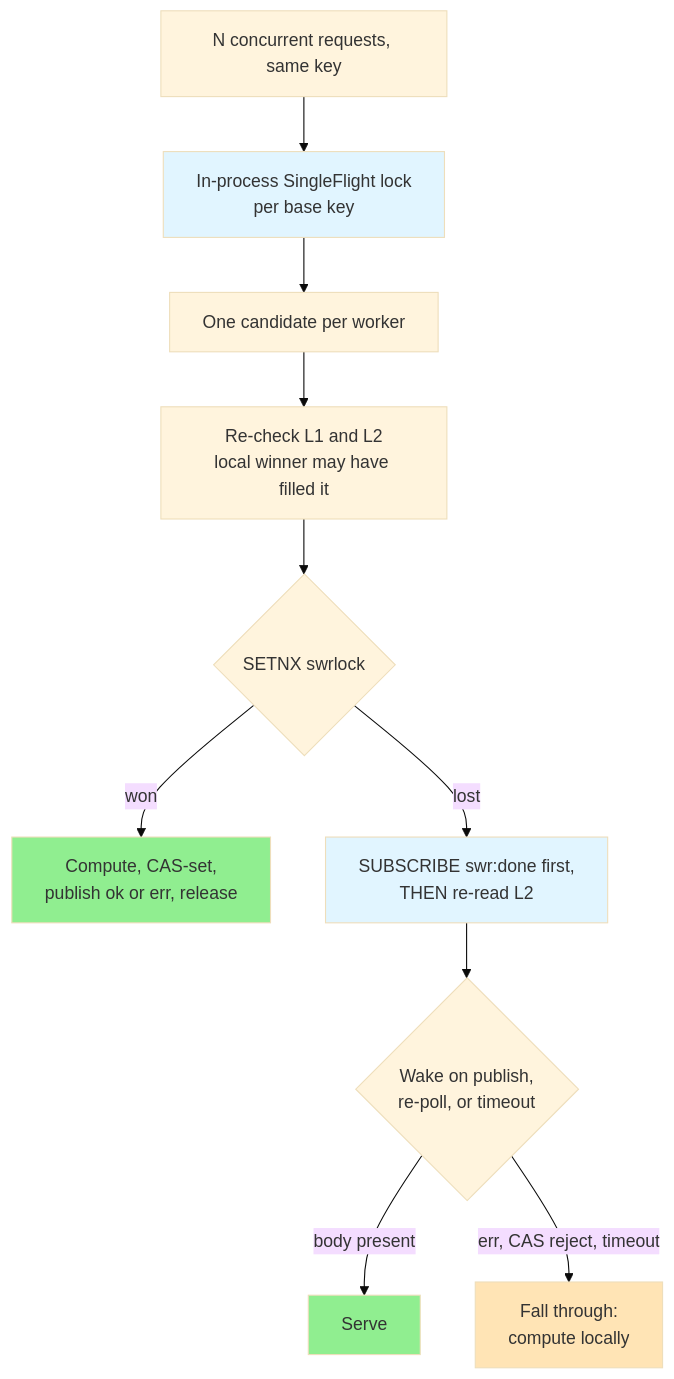
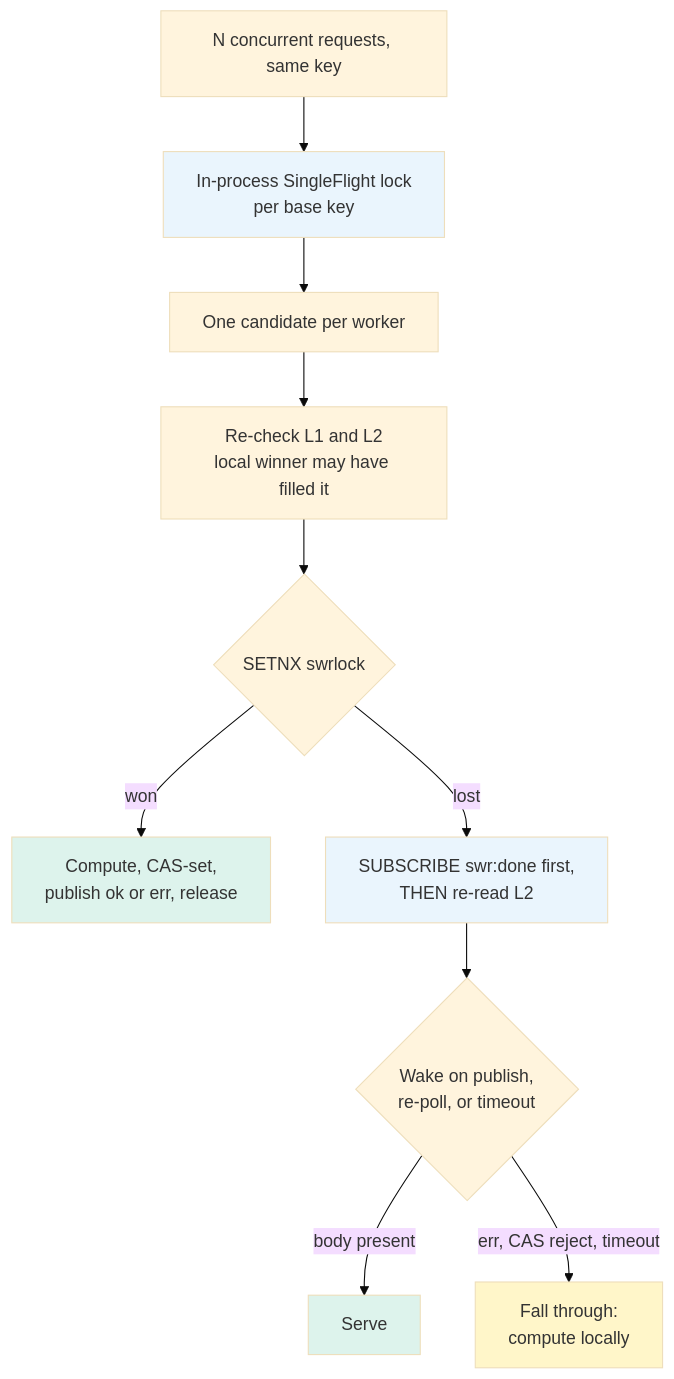
The fifth of 5 diagrams in LLD/SystemDesign/IntheWild/TwoTierCacheWithVersionedKeys.md (cartmancodes/InterviewVault), drawn with Mermaid (base theme) before and after one commit. The commit also changed other lines of this file and 679 other files, not shown here.

Commit message:
Unify content diagrams and add accessible visual walkthroughs

````diff
--- a/LLD/SystemDesign/IntheWild/TwoTierCacheWithVersionedKeys.md
+++ b/LLD/SystemDesign/IntheWild/TwoTierCacheWithVersionedKeys.md
@@ -262,19 +262,19 @@
 ```mermaid
 flowchart TD
     N["N concurrent requests, same key"] --> SF["In-process SingleFlight lock<br/>per base key"]
     SF --> ONE["One candidate per worker"]
     ONE --> RC["Re-check L1 and L2<br/>local winner may have filled it"]
     RC --> SN{"SETNX swrlock"}
     SN -->|"won"| CMP["Compute, CAS-set,<br/>publish ok or err, release"]
     SN -->|"lost"| SUB["SUBSCRIBE swr:done first,<br/>THEN re-read L2"]
     SUB --> WAIT{"Wake on publish,<br/>re-poll, or timeout"}
     WAIT -->|"body present"| SRV["Serve"]
     WAIT -->|"err, CAS reject, timeout"| FALL["Fall through:<br/>compute locally"]
 
-    classDef good fill:#90EE90
-    classDef warn fill:#FFE4B5
-    classDef infra fill:#e1f5ff
+    classDef good fill:#DDF3EC
+    classDef warn fill:#FFF6C9
+    classDef infra fill:#EAF5FD
     class CMP,SRV good
     class FALL warn
     class SF,SUB infra
 ```
````
